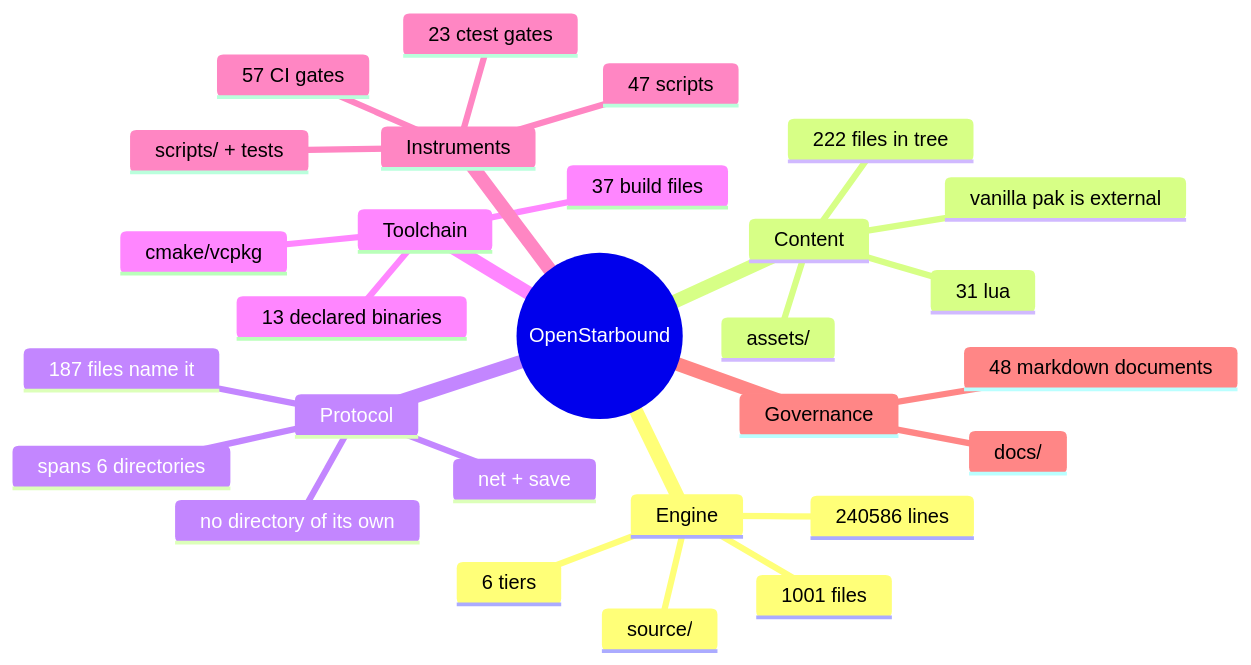
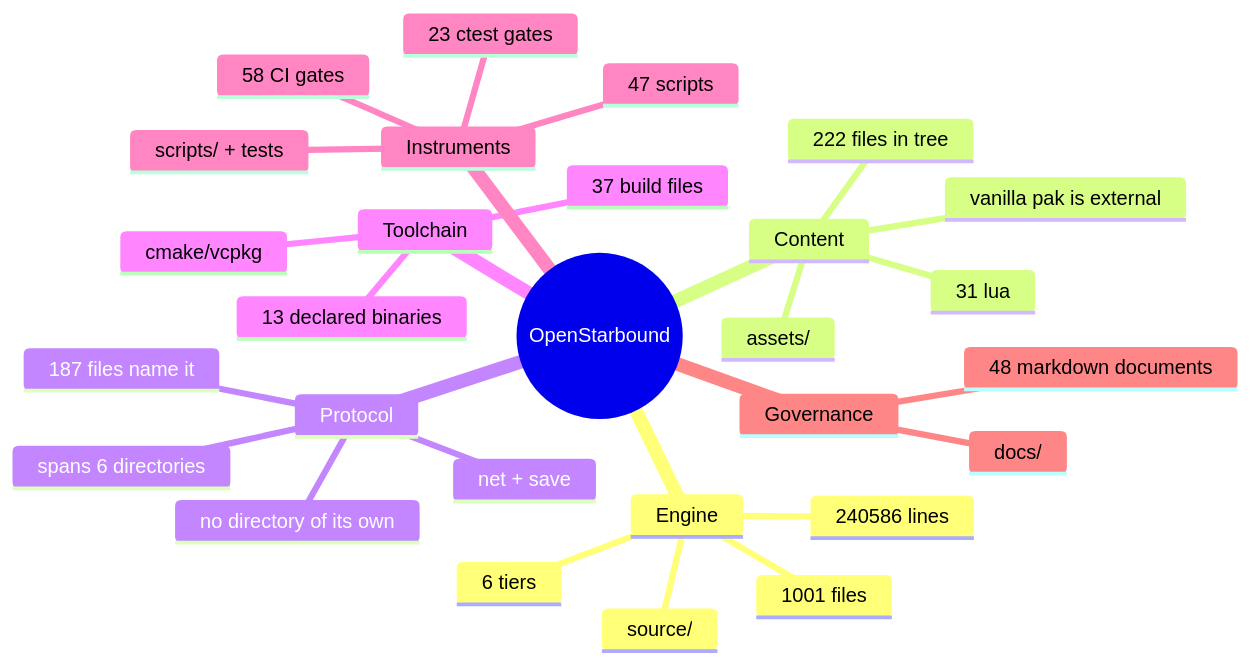
Before and after one commit to apnex/OpenStarbound: the second of 11 diagrams in docs/architecture/system-boundaries.md, drawn with Mermaid. The commit also changed 4 other files, not shown here.

````diff
--- a/docs/architecture/system-boundaries.md
+++ b/docs/architecture/system-boundaries.md
@@ -166,31 +166,31 @@
 ```mermaid
 mindmap
   root((OpenStarbound))
     Engine
       source/
       1001 files
       240586 lines
       6 tiers
     Content
       assets/
       222 files in tree
       31 lua
       vanilla pak is external
     Protocol
       net + save
       187 files name it
       spans 6 directories
       no directory of its own
     Toolchain
       cmake/vcpkg
       37 build files
       13 declared binaries
     Instruments
       scripts/ + tests
       47 scripts
       23 ctest gates
-      57 CI gates
+      58 CI gates
     Governance
       docs/
       48 markdown documents
 ```
````
